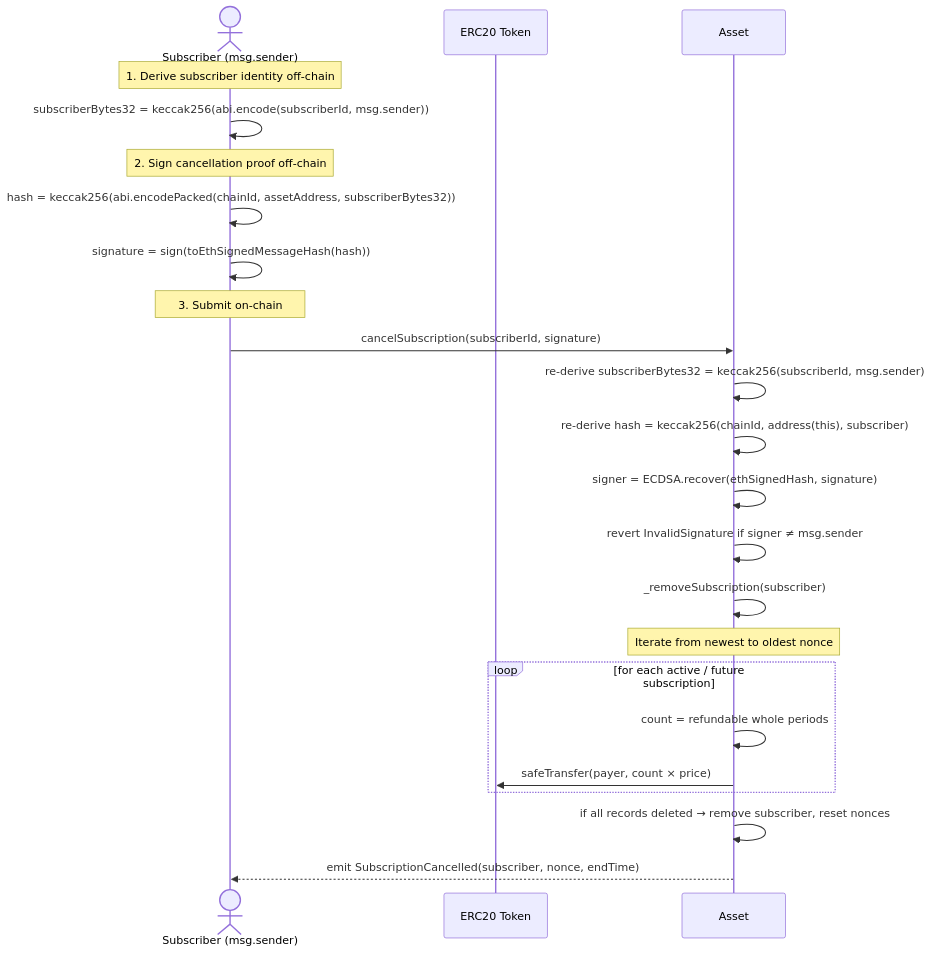
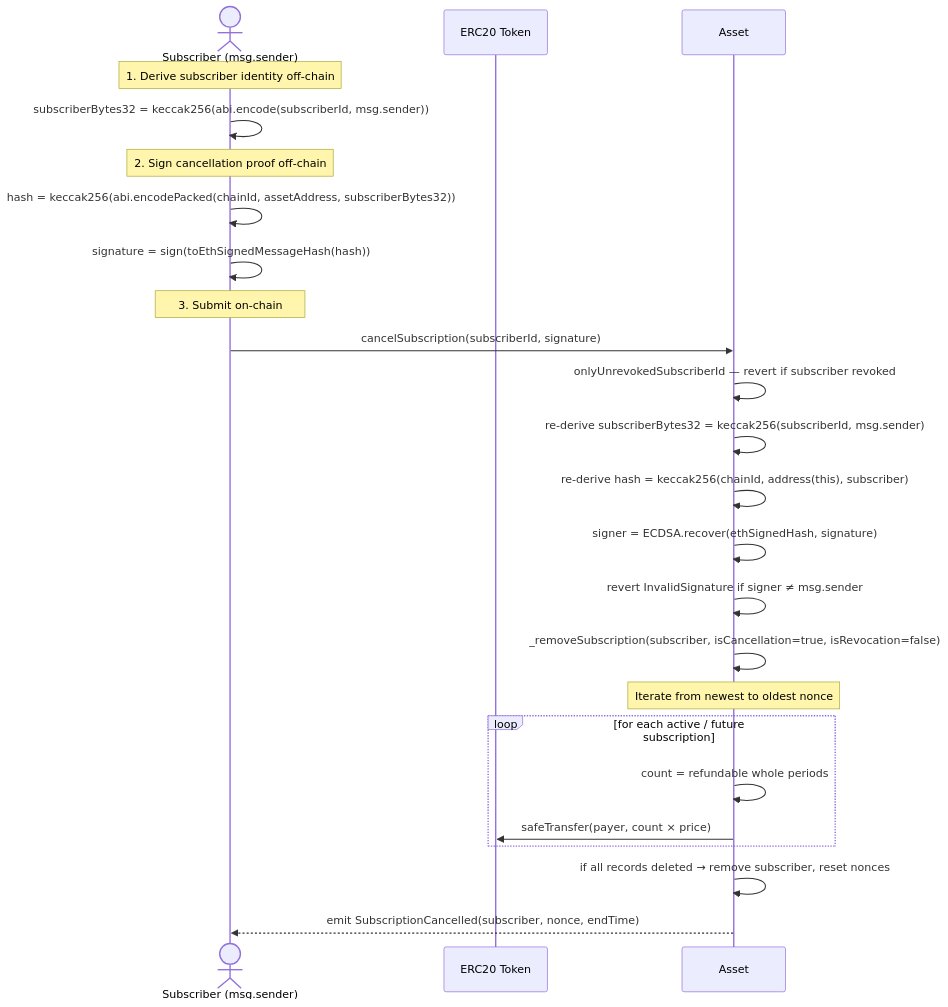
The fifth of 11 diagrams in docs/execution-flows.md (ChainSafe/open-creator-rails), drawn with Mermaid before and after one commit. The commit also changed other lines of this file and 7 other files, not shown here.

````diff
--- a/docs/execution-flows.md
+++ b/docs/execution-flows.md
@@ -201,29 +208,30 @@
 ```mermaid
 sequenceDiagram
     actor S as Subscriber (msg.sender)
     participant ERC20 as ERC20 Token
     participant A as Asset
 
     Note over S: 1. Derive subscriber identity off-chain
     S->>S: subscriberBytes32 = keccak256(abi.encode(subscriberId, msg.sender))
 
     Note over S: 2. Sign cancellation proof off-chain
     S->>S: hash = keccak256(abi.encodePacked(chainId, assetAddress, subscriberBytes32))
     S->>S: signature = sign(toEthSignedMessageHash(hash))
 
     Note over S: 3. Submit on-chain
     S->>A: cancelSubscription(subscriberId, signature)
+    A->>A: onlyUnrevokedSubscriberId — revert if subscriber revoked
     A->>A: re-derive subscriberBytes32 = keccak256(subscriberId, msg.sender)
     A->>A: re-derive hash = keccak256(chainId, address(this), subscriber)
     A->>A: signer = ECDSA.recover(ethSignedHash, signature)
     A->>A: revert InvalidSignature if signer ≠ msg.sender
 
-    A->>A: _removeSubscription(subscriber)
+    A->>A: _removeSubscription(subscriber, isCancellation=true, isRevocation=false)
     Note over A: Iterate from newest to oldest nonce
     loop for each active / future subscription
         A->>A: count = refundable whole periods
         A->>ERC20: safeTransfer(payer, count × price)
     end
     A->>A: if all records deleted → remove subscriber, reset nonces
     A-->>S: emit SubscriptionCancelled(subscriber, nonce, endTime)
 ```
````
